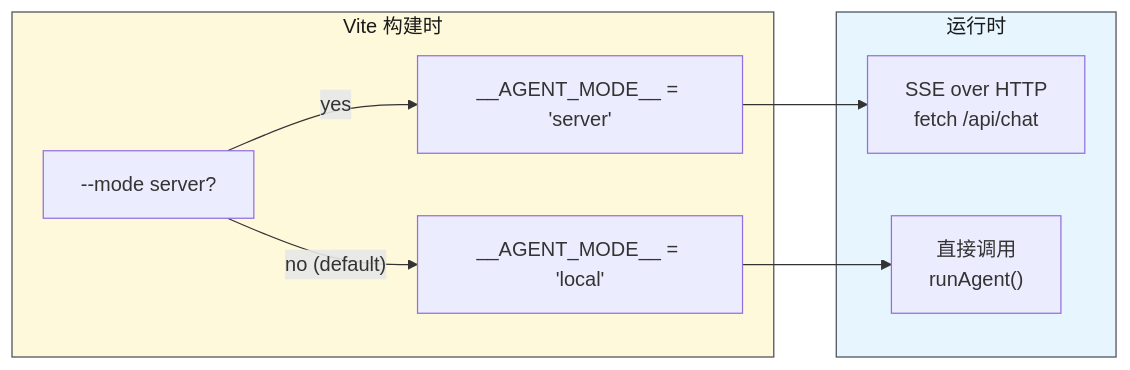
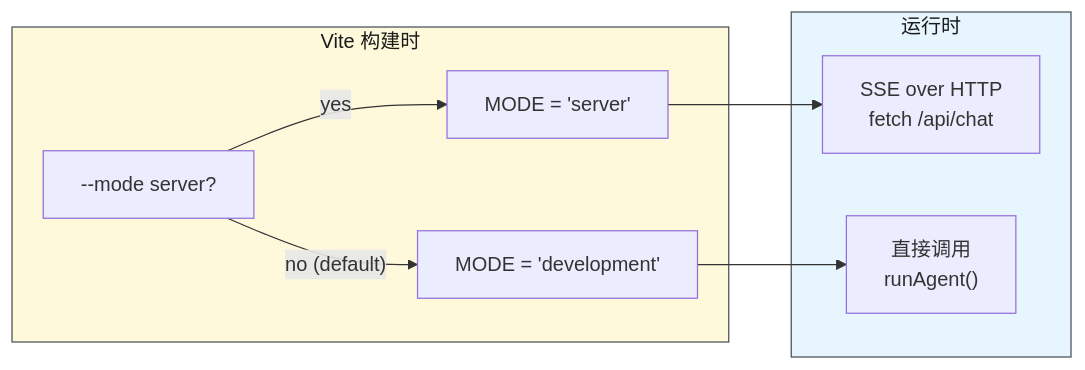
Before and after one commit to yjzaaa/leave-approval-agent: the first of 6 diagrams in src/client/CLAUDE.md, drawn with Mermaid. The commit also changed other lines of this file and 3 other files, not shown here.

````diff
--- a/src/client/CLAUDE.md
+++ b/src/client/CLAUDE.md
@@ -13,16 +13,16 @@
 ```mermaid
 graph LR
     subgraph Build["Vite 构建时"]
         Mode["--mode server?"]
-        Mode -->|"yes"| Server["__AGENT_MODE__ = 'server'"]
-        Mode -->|"no (default)"| Local["__AGENT_MODE__ = 'local'"]
+        Mode -->|"yes"| Server["MODE = 'server'"]
+        Mode -->|"no (default)"| Local["MODE = 'development'"]
     end
 
     subgraph Runtime["运行时"]
         Server --> SSE["SSE over HTTP<br/>fetch /api/chat"]
         Local --> Direct["直接调用<br/>runAgent()"]
     end
 
     style Build fill:#fff9db,stroke:#495057,color:#1a1a1a
     style Runtime fill:#e7f5ff,stroke:#495057,color:#1a1a1a
 ```
````
